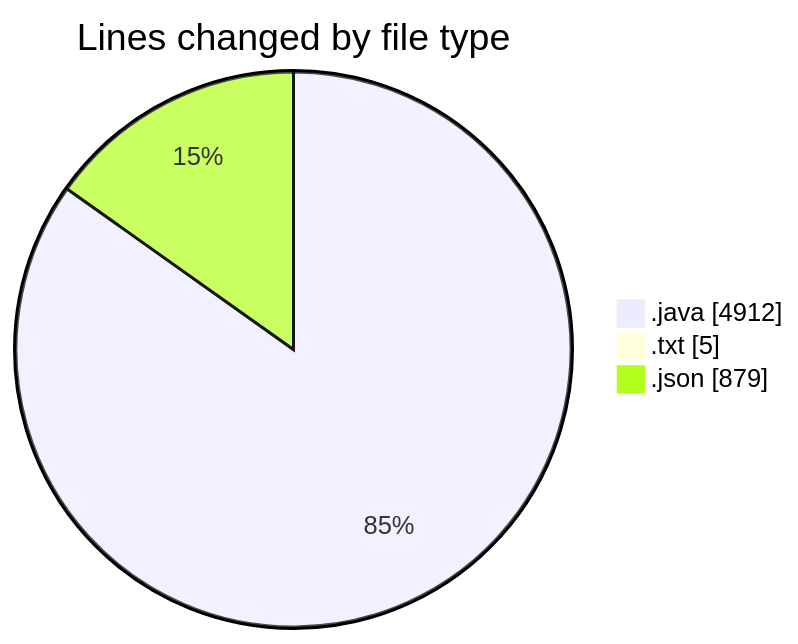
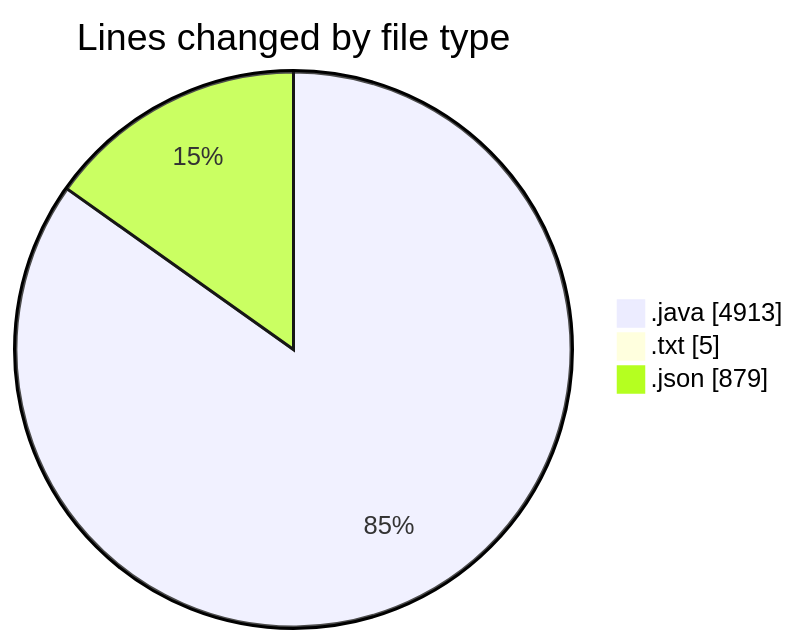
The first of 2 diagrams in 2026-03-19/cilapp/README.md (ricardozamudiocil/code-tracking), drawn with Mermaid before and after one commit. The commit also changed other lines of this file and 1 other file, not shown here.

````diff
--- a/2026-03-19/cilapp/README.md
+++ b/2026-03-19/cilapp/README.md
@@ -24,7 +24,7 @@
 ```mermaid
 pie showData
 title Lines changed by file type
-".java" : 4912
+".java" : 4913
 ".txt" : 5
 ".json" : 879
 ```
````
